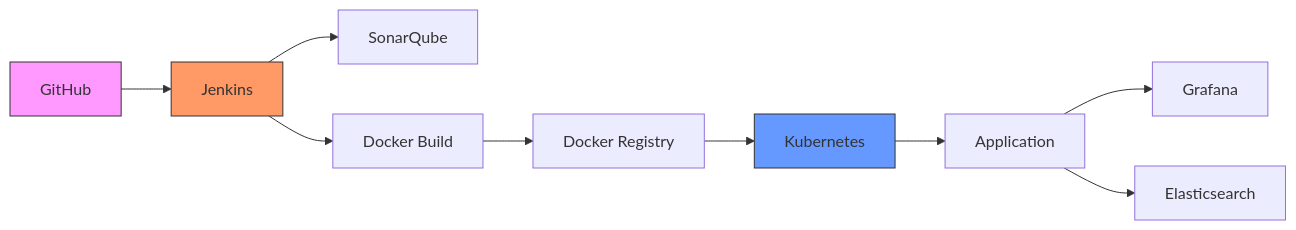
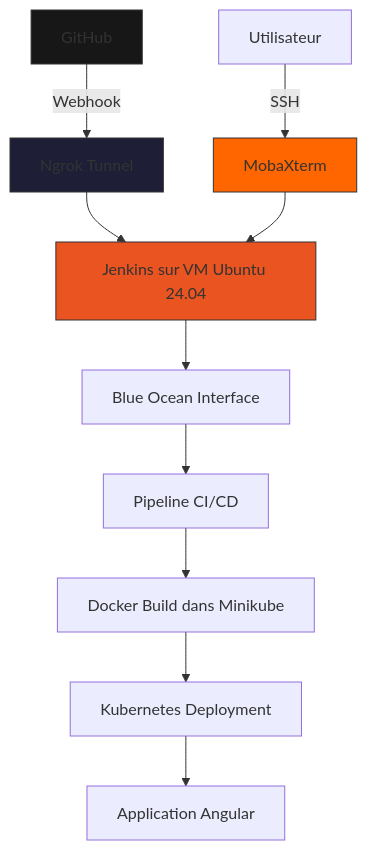
The diagram in README.md (wajdibenameur/jenkins_CICD_kubernetes), drawn with Mermaid before and after one commit. The commit also changed other lines of this file, not shown here.

````diff
--- a/README.md
+++ b/README.md
@@ -26,15 +124,18 @@
 ```mermaid
-graph LR
-    A[GitHub] --> B[Jenkins]
-    B --> C[SonarQube]
-    B --> D[Docker Build]
-    D --> E[Docker Registry]
-    E --> F[Kubernetes]
-    F --> G[Application]
-    G --> H[Grafana]
-    G --> I[Elasticsearch]
+graph TB
+    A[GitHub] -->|Webhook| B[Ngrok Tunnel]
+    B --> C[Jenkins sur VM Ubuntu 24.04]
+    C --> D[Blue Ocean Interface]
+    D --> E[Pipeline CI/CD]
+    E --> F[Docker Build dans Minikube]
+    F --> G[Kubernetes Deployment]
+    G --> H[Application Angular]
     
-    style A fill:#f9f,stroke:#333
-    style B fill:#f96,stroke:#333
-    style F fill:#69f,stroke:#333
+    I[Utilisateur] -->|SSH| J[MobaXterm]
+    J --> C
+    
+    style A fill:#181717,stroke:#333
+    style B fill:#1F1E37,stroke:#333
+    style C fill:#E95420,stroke:#333
+    style J fill:#FF6600,stroke:#333
 ```
````
